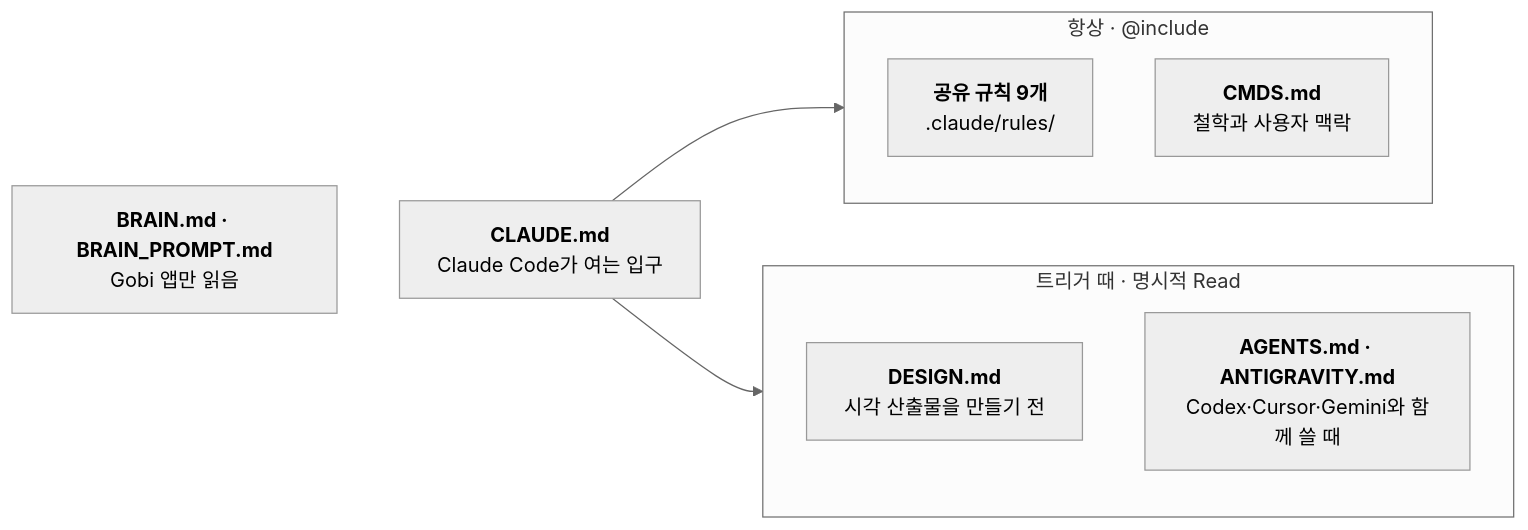
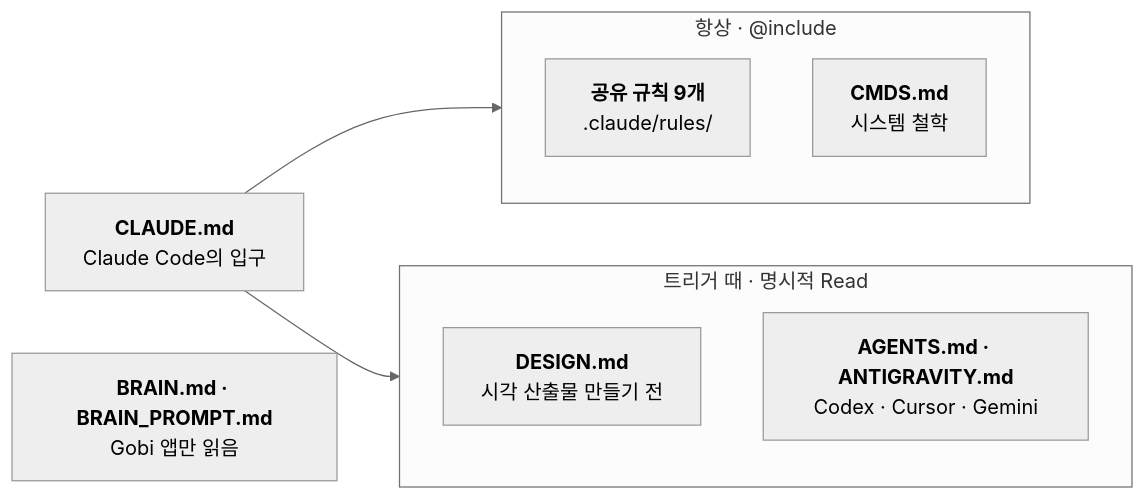
One commit to johnfkoo951/cmds-system-files changed the diagram in diagrams/src/arch-load-ko.md. Above: the diagram before and after it, drawn with Mermaid (neutral theme). The commit also changed other lines of this file and 20 other files, not shown here.

Commit message:
site: diagrams after reviewer pass (tighter labels, one-sentence captions, who-reads-what as flowchart) + copy refresh

````diff
--- a/diagrams/src/arch-load-ko.md
+++ b/diagrams/src/arch-load-ko.md
@@ -1,24 +1,25 @@
 ```mermaid
 flowchart LR
 %% @name: arch-load-ko
-%% @alt: CLAUDE.md는 Claude Code가 여는 입구다. 규칙 9개와 CMDS.md는 항상 포함되고, DESIGN·AGENTS·ANTIGRAVITY는 트리거 때 읽으며, BRAIN과 BRAIN_PROMPT는 Gobi 앱만 읽는다.
+%% @alt: CLAUDE.md는 Claude Code가 여는 입구다. 공유 규칙 9개와 CMDS.md는 항상 포함되고, DESIGN·AGENTS·ANTIGRAVITY는 트리거 때 읽으며, BRAIN과 BRAIN_PROMPT는 Gobi 앱만 읽는다.
 %% @key: CL
 %% @aux: BR
+  CL["`**CLAUDE.md**
+Claude Code의 입구`"]
   BR["`**BRAIN.md · BRAIN_PROMPT.md**
-Gobi 앱만 읽음`"] ~~~ CL["`**CLAUDE.md**
-Claude Code가 여는 입구`"]
+Gobi 앱만 읽음`"]
   subgraph ALWAYS["항상 · @include"]
     R["`**공유 규칙 9개**
 .claude/rules/`"]
     CM["`**CMDS.md**
-철학과 사용자 맥락`"]
+시스템 철학`"]
   end
   subgraph TRIG["트리거 때 · 명시적 Read"]
     D["`**DESIGN.md**
-시각 산출물을 만들기 전`"]
+시각 산출물 만들기 전`"]
     AA["`**AGENTS.md · ANTIGRAVITY.md**
-Codex·Cursor·Gemini와 함께 쓸 때`"]
+Codex · Cursor · Gemini`"]
   end
   CL --> ALWAYS
   CL --> TRIG
 ```
````
